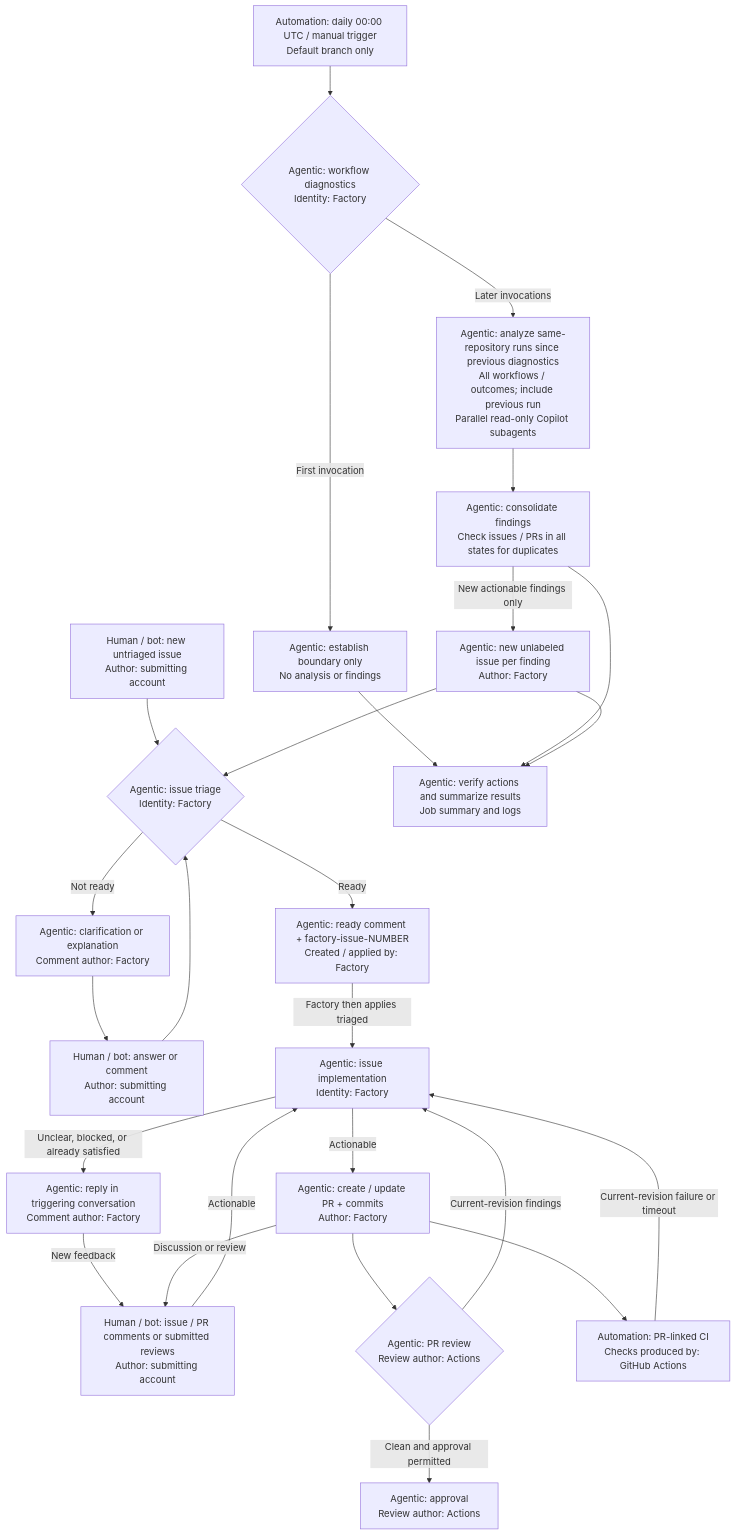
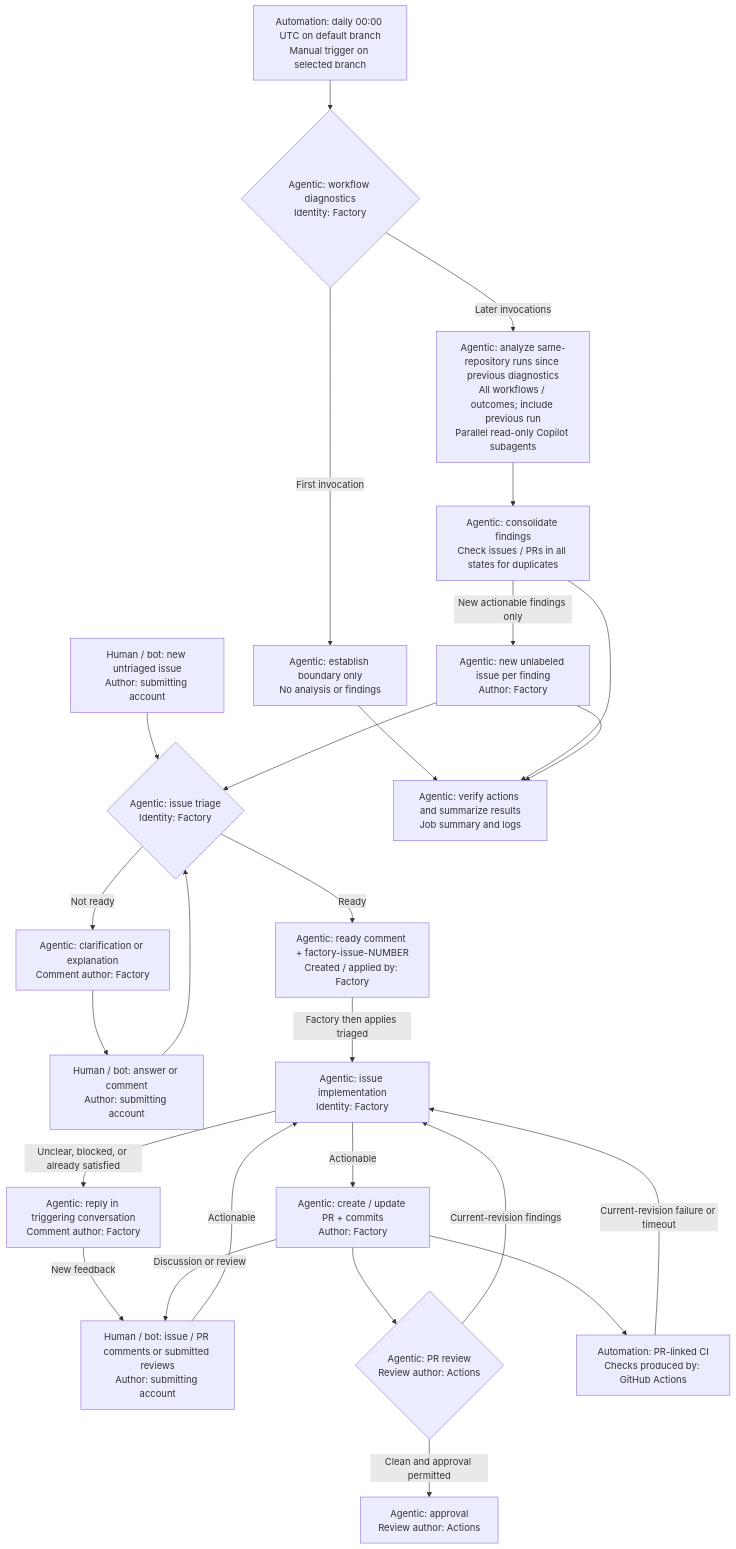
One commit to VasiliyNovikov/Factory changed the diagram in README.md. Above: the diagram before and after it, drawn with Mermaid. The commit also changed 3 other files, not shown here.

Commit message:
Allow manual diagnostics on any branch

````diff
--- a/README.md
+++ b/README.md
@@ -22,29 +22,29 @@
 ```mermaid
 flowchart TD
     issue["Human / bot: new untriaged issue<br/>Author: submitting account"] --> triage{"Agentic: issue triage<br/>Identity: Factory"}
     triage -->|Not ready| clarification["Agentic: clarification or explanation<br/>Comment author: Factory"]
     clarification --> answer["Human / bot: answer or comment<br/>Author: submitting account"]
     answer --> triage
     triage -->|Ready| tracking["Agentic: ready comment + factory-issue-NUMBER<br/>Created / applied by: Factory"]
     tracking -->|Factory then applies triaged| implementation["Agentic: issue implementation<br/>Identity: Factory"]
     implementation -->|Actionable| pr["Agentic: create / update PR + commits<br/>Author: Factory"]
     implementation -->|Unclear, blocked, or already satisfied| reply["Agentic: reply in triggering conversation<br/>Comment author: Factory"]
     reply -->|New feedback| feedback["Human / bot: issue / PR comments or submitted reviews<br/>Author: submitting account"]
     feedback -->|Actionable| implementation
     pr --> review{"Agentic: PR review<br/>Review author: Actions"}
     review -->|Current-revision findings| implementation
     review -->|Clean and approval permitted| approval["Agentic: approval<br/>Review author: Actions"]
     pr --> ci["Automation: PR-linked CI<br/>Checks produced by: GitHub Actions"]
     pr -->|Discussion or review| feedback
     ci -->|Current-revision failure or timeout| implementation
 
-    diagnosticsTrigger["Automation: daily 00:00 UTC / manual trigger<br/>Default branch only"] --> diagnostics{"Agentic: workflow diagnostics<br/>Identity: Factory"}
+    diagnosticsTrigger["Automation: daily 00:00 UTC on default branch<br/>Manual trigger on selected branch"] --> diagnostics{"Agentic: workflow diagnostics<br/>Identity: Factory"}
     diagnostics -->|First invocation| boundary["Agentic: establish boundary only<br/>No analysis or findings"]
     diagnostics -->|Later invocations| workflowAnalysis["Agentic: analyze same-repository runs since previous diagnostics<br/>All workflows / outcomes; include previous run<br/>Parallel read-only Copilot subagents"]
     workflowAnalysis --> findings["Agentic: consolidate findings<br/>Check issues / PRs in all states for duplicates"]
     findings -->|New actionable findings only| diagnosticsIssue["Agentic: new unlabeled issue per finding<br/>Author: Factory"]
     diagnosticsIssue --> triage
     boundary --> diagnosticsSummary["Agentic: verify actions and summarize results<br/>Job summary and logs"]
     findings --> diagnosticsSummary
     diagnosticsIssue --> diagnosticsSummary
 ```
````
